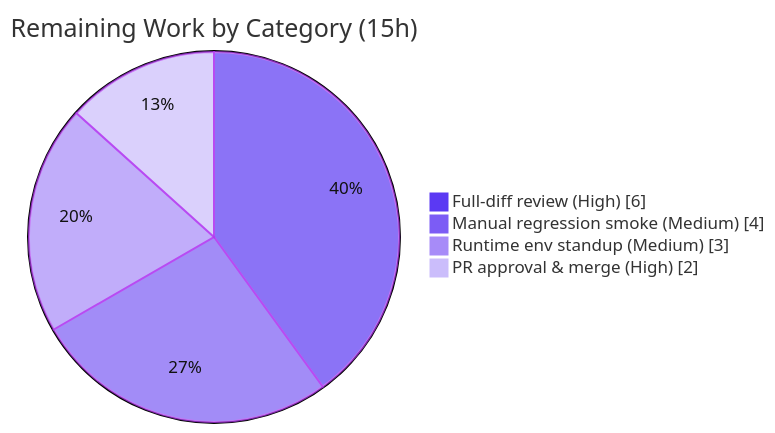
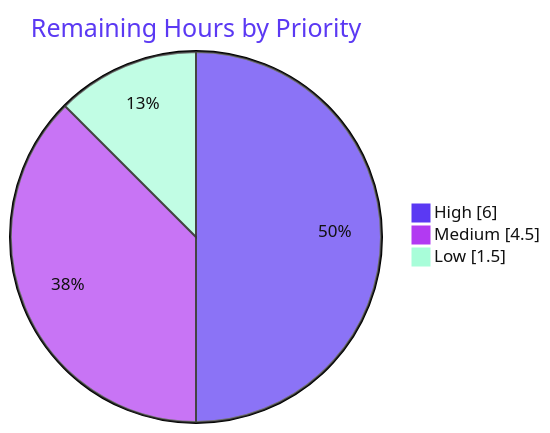
Before and after one commit to blitzy-public-samples/blitzy-WebVella-ERP: the third of 4 diagrams in blitzy/documentation/Project Guide.md, drawn with Mermaid. The commit also changed other lines of this file, not shown here.

Commit message:
Adding Blitzy Project Guide: Project Status and Human Tasks Remaining

````diff
--- a/blitzy/documentation/Project Guide.md
+++ b/blitzy/documentation/Project Guide.md
@@ -225,8 +229,8 @@
 ```mermaid
-%%{init: {'theme':'base', 'themeVariables':{'pie1':'#5B39F3','pie2':'#7C5CF5','pie3':'#A78BF8','pie4':'#CBBDFB','pieStrokeColor':'#B23AF2','pieSectionTextColor':'#111111'}}}%%
-pie showData title Remaining Work by Category (15h)
-    "Full-diff review (High)" : 6
-    "Manual regression smoke (Medium)" : 4
-    "Runtime env standup (Medium)" : 3
-    "PR approval & merge (High)" : 2
+%%{init: {"theme":"base","themeVariables":{"pie1":"#5B39F3","pie2":"#B23AF2","pie3":"#A8FDD9","pieStrokeColor":"#333333","pieOuterStrokeWidth":"2px","pieSectionTextColor":"#111111","pieTitleTextColor":"#5B39F3","pieLegendTextColor":"#111111"}}}%%
+pie showData
+    title Remaining Hours by Priority
+    "High" : 6
+    "Medium" : 4.5
+    "Low" : 1.5
 ```
````
